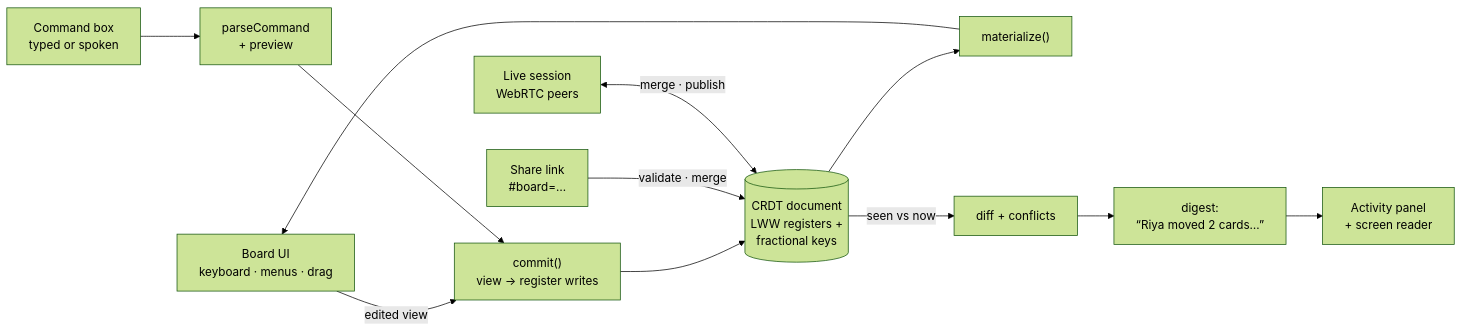
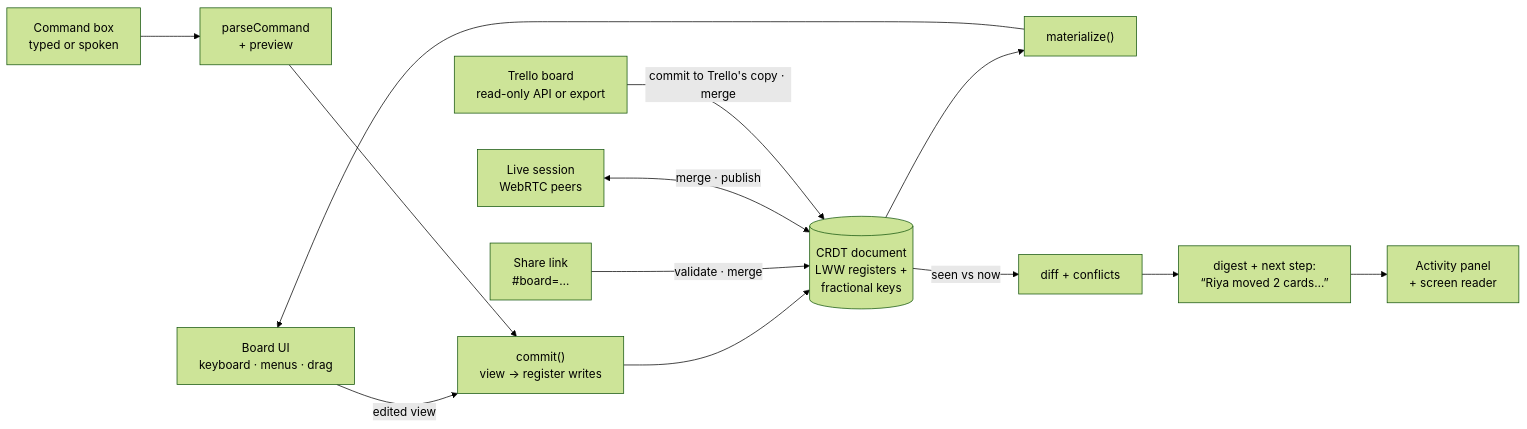
Before and after one commit to Dakshhhhh-ops/Handrail: the diagram in docs/HOW-IT-WORKS.md, drawn with Mermaid (forest theme). The commit also changed other lines of this file and 10 other files, not shown here.

````diff
--- a/docs/HOW-IT-WORKS.md
+++ b/docs/HOW-IT-WORKS.md
@@ -44,10 +48,11 @@
 ```mermaid
 flowchart LR
   UI["Board UI<br/>keyboard · menus · drag"] -- "edited view" --> commit
   CMD["Command box<br/>typed or spoken"] --> parse["parseCommand<br/>+ preview"] --> commit
   commit["commit()<br/>view → register writes"] --> DOC[("CRDT document<br/>LWW registers +<br/>fractional keys")]
   DOC --> mat["materialize()"] --> UI
   LINK["Share link<br/>#board=…"] -- "validate · merge" --> DOC
   LIVE["Live session<br/>WebRTC peers"] <-- "merge · publish" --> DOC
-  DOC -- "seen vs now" --> DIFF["diff + conflicts"] --> SUM["digest:<br/>“Riya moved 2 cards…”"] --> SR["Activity panel<br/>+ screen reader"]
+  TRELLO["Trello board<br/>read-only API or export"] -- "commit to Trello's copy · merge" --> DOC
+  DOC -- "seen vs now" --> DIFF["diff + conflicts"] --> SUM["digest + next step:<br/>“Riya moved 2 cards…”"] --> SR["Activity panel<br/>+ screen reader"]
 ```
````
